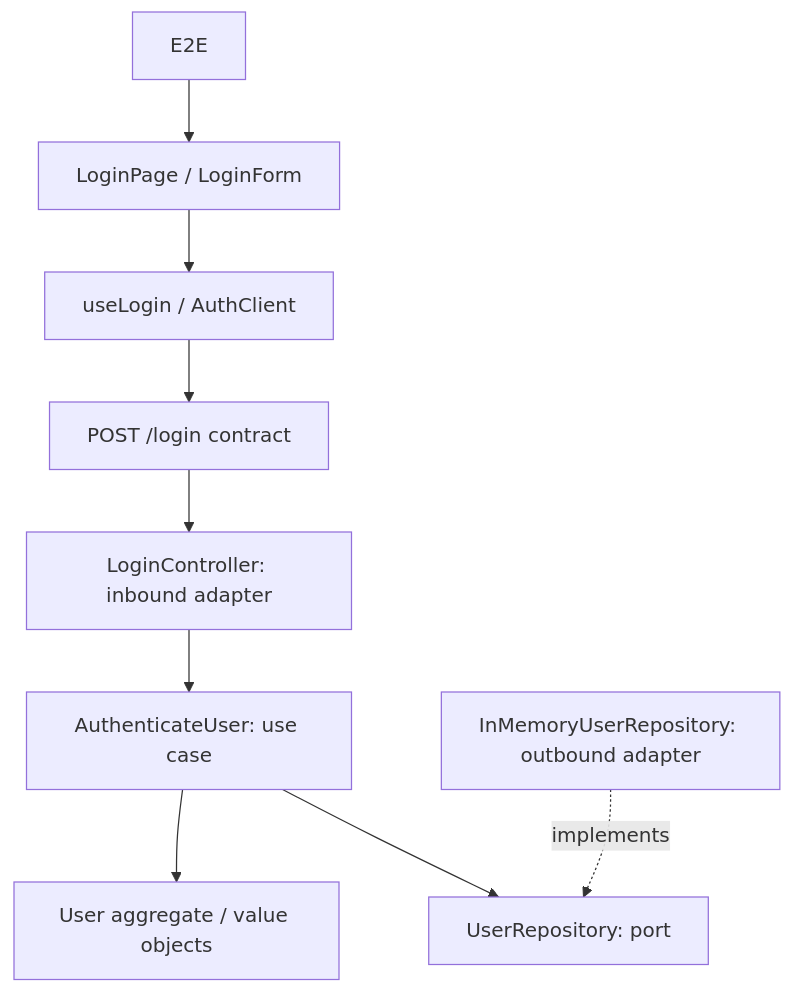
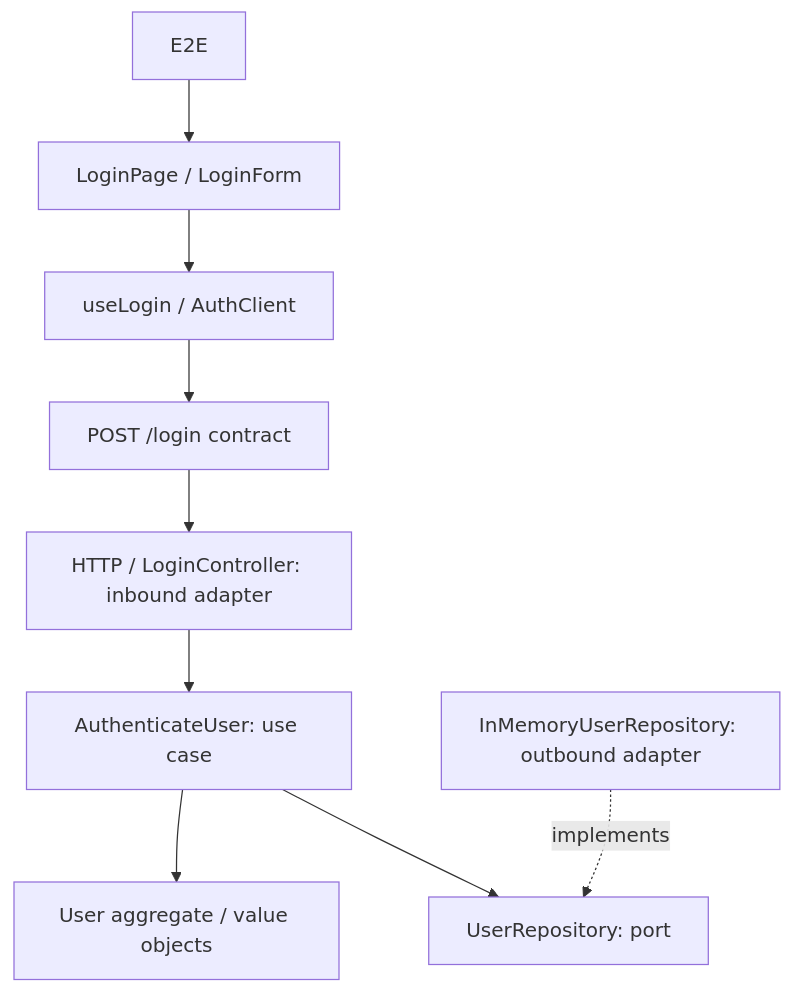
Before and after one commit to HectorPelicanoAH/test-impact-lab: the diagram in README.md, drawn with Mermaid. The commit also changed other lines of this file and 68 other files, not shown here.

````diff
--- a/README.md
+++ b/README.md
@@ -8,11 +34,11 @@
 ```mermaid
 flowchart TD
   E[E2E] --> UI[LoginPage / LoginForm]
   UI --> H[useLogin / AuthClient]
   H --> C[POST /login contract]
-  C --> A[LoginController: inbound adapter]
+  C --> A[HTTP / LoginController: inbound adapter]
   A --> U[AuthenticateUser: use case]
   U --> D[User aggregate / value objects]
   U --> P[UserRepository: port]
   R[InMemoryUserRepository: outbound adapter] -. implements .-> P
 ```
````
